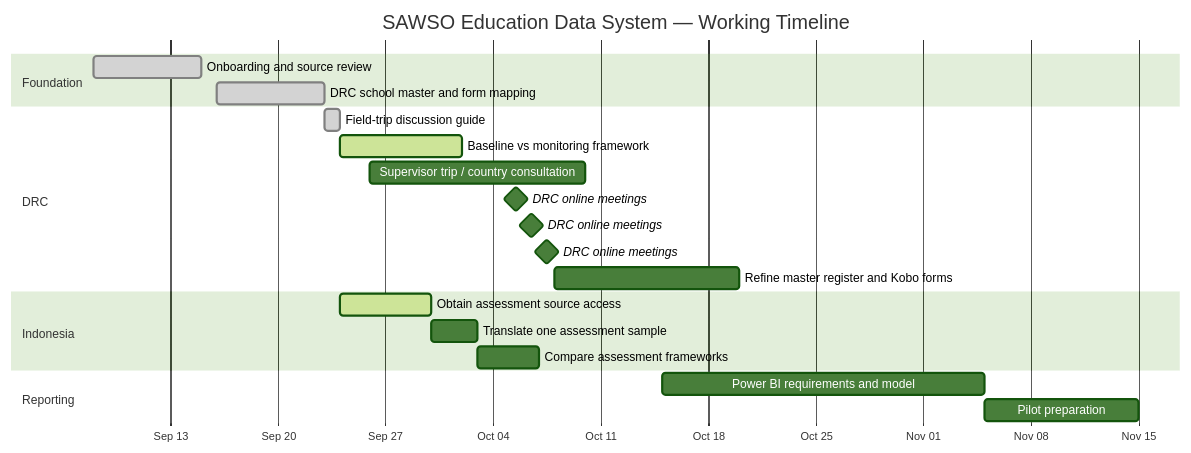
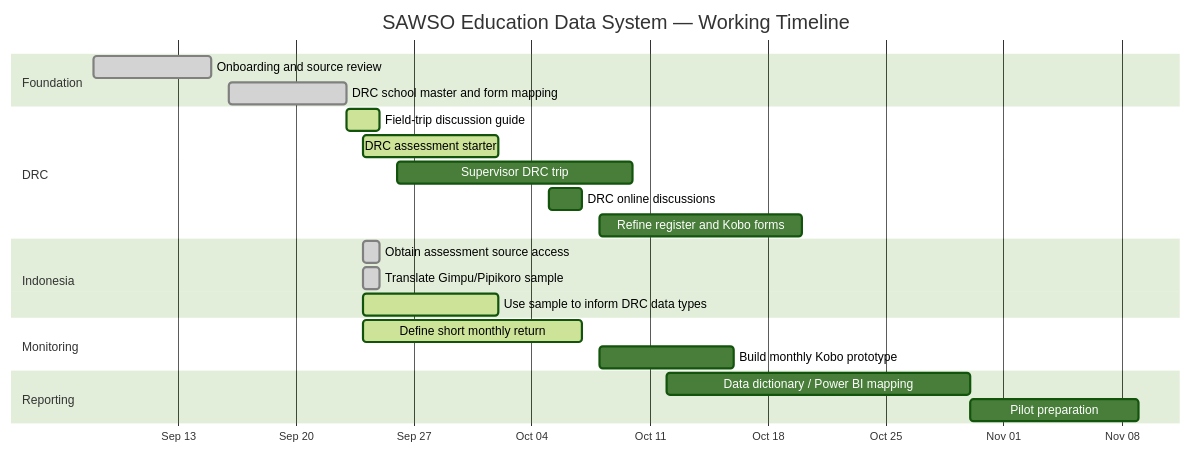
The diagram in README.md (chipojaya1/sawso-education-data-system), drawn with Mermaid (forest theme) before and after one commit. The commit also changed other lines of this file, not shown here.

````diff
--- a/README.md
+++ b/README.md
@@ -55,28 +84,30 @@
 ```mermaid
 gantt
     title SAWSO Education Data System — Working Timeline
     dateFormat  YYYY-MM-DD
     axisFormat  %b %d
 
     section Foundation
     Onboarding and source review           :done,    f1, 2026-09-08, 2026-09-15
     DRC school master and form mapping     :done,    f2, 2026-09-16, 2026-09-23
 
     section DRC
-    Field-trip discussion guide            :done,    d1, 2026-09-23, 2026-09-24
-    Baseline vs monitoring framework       :active,  d2, 2026-09-24, 2026-10-02
-    Supervisor trip / country consultation :         d3, 2026-09-26, 2026-10-10
-    DRC online meetings                    :milestone, d4, 2026-10-05, 1d
-    DRC online meetings                    :milestone, d5, 2026-10-06, 1d
-    DRC online meetings                    :milestone, d6, 2026-10-07, 1d
-    Refine master register and Kobo forms  :         d7, 2026-10-08, 2026-10-20
+    Field-trip discussion guide            :active,  d1, 2026-09-23, 2026-09-25
+    DRC assessment starter                 :active,  d2, 2026-09-24, 2026-10-02
+    Supervisor DRC trip                    :         d3, 2026-09-26, 2026-10-10
+    DRC online discussions                 :         d4, 2026-10-05, 2026-10-07
+    Refine register and Kobo forms         :         d5, 2026-10-08, 2026-10-20
 
     section Indonesia
-    Obtain assessment source access        :active,  i1, 2026-09-24, 2026-09-30
-    Translate one assessment sample        :         i2, after i1, 3d
-    Compare assessment frameworks          :         i3, after i2, 4d
+    Obtain assessment source access        :done,    i1, 2026-09-24, 1d
+    Translate Gimpu/Pipikoro sample        :done,    i2, 2026-09-24, 1d
+    Use sample to inform DRC data types     :active,  i3, 2026-09-24, 2026-10-02
+
+    section Monitoring
+    Define short monthly return            :active,  m1, 2026-09-24, 2026-10-07
+    Build monthly Kobo prototype           :         m2, 2026-10-08, 2026-10-16
 
     section Reporting
-    Power BI requirements and model        :         r1, 2026-10-15, 2026-11-05
+    Data dictionary / Power BI mapping     :         r1, 2026-10-12, 2026-10-30
     Pilot preparation                      :         r2, after r1, 10d
 ```
````
